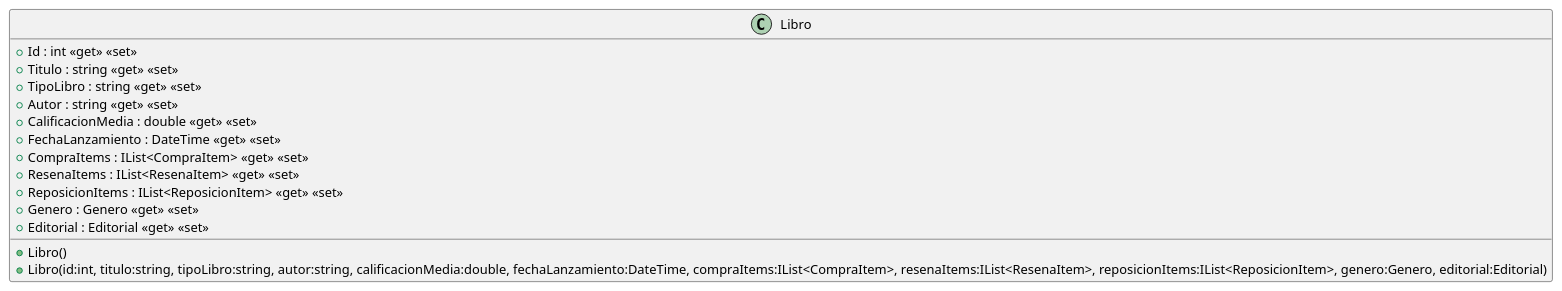
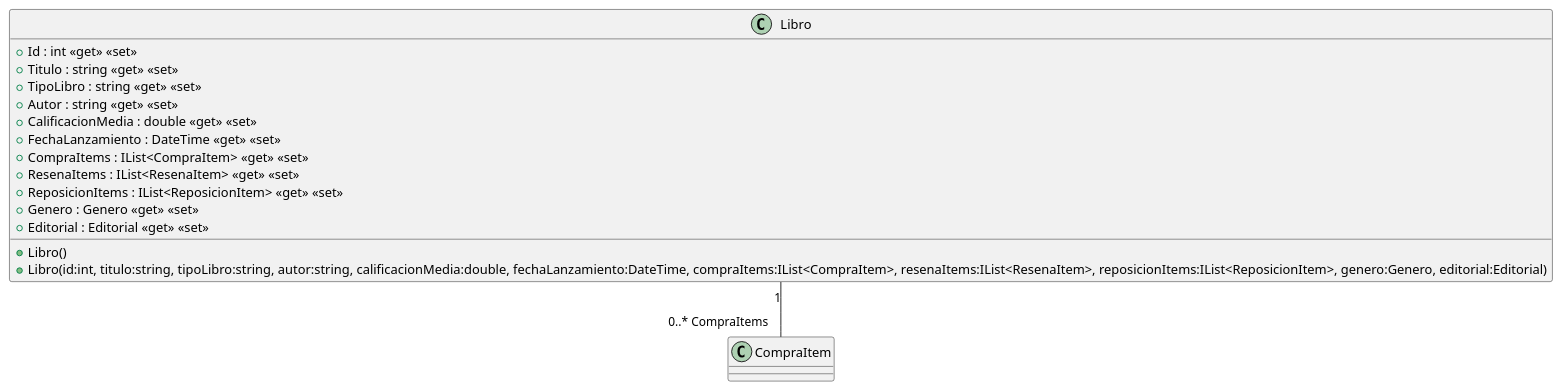
The diagram in src/AppForSEII.API/ClassDiagram/Libro.puml (ISII2627SoftwareEngineers/ISII2627SoftwareEngineers), drawn with PlantUML before and after one commit. The commit also changed 5 other files, not shown here.

First line of the commit message:
Modificar diagrama de clases del cu1comprar libros (#67)

```diff
--- a/src/AppForSEII.API/ClassDiagram/Libro.puml
+++ b/src/AppForSEII.API/ClassDiagram/Libro.puml
@@ -1,17 +1,19 @@
 @startuml
 class Libro {
     + Libro()
     + Libro(id:int, titulo:string, tipoLibro:string, autor:string, calificacionMedia:double, fechaLanzamiento:DateTime, compraItems:IList<CompraItem>, resenaItems:IList<ResenaItem>, reposicionItems:IList<ReposicionItem>, genero:Genero, editorial:Editorial)
     + Id : int <<get>> <<set>>
     + Titulo : string <<get>> <<set>>
     + TipoLibro : string <<get>> <<set>>
     + Autor : string <<get>> <<set>>
     + CalificacionMedia : double <<get>> <<set>>
     + FechaLanzamiento : DateTime <<get>> <<set>>
     + CompraItems : IList<CompraItem> <<get>> <<set>>
     + ResenaItems : IList<ResenaItem> <<get>> <<set>>
     + ReposicionItems : IList<ReposicionItem> <<get>> <<set>>
     + Genero : Genero <<get>> <<set>>
     + Editorial : Editorial <<get>> <<set>>
 }
+'para caso de uso comprar libros
+Libro "1" -- "0..* CompraItems" CompraItem 
 @enduml
```
